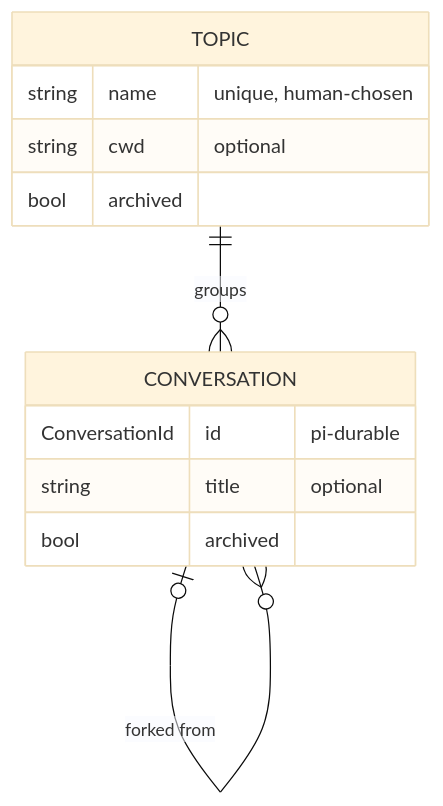
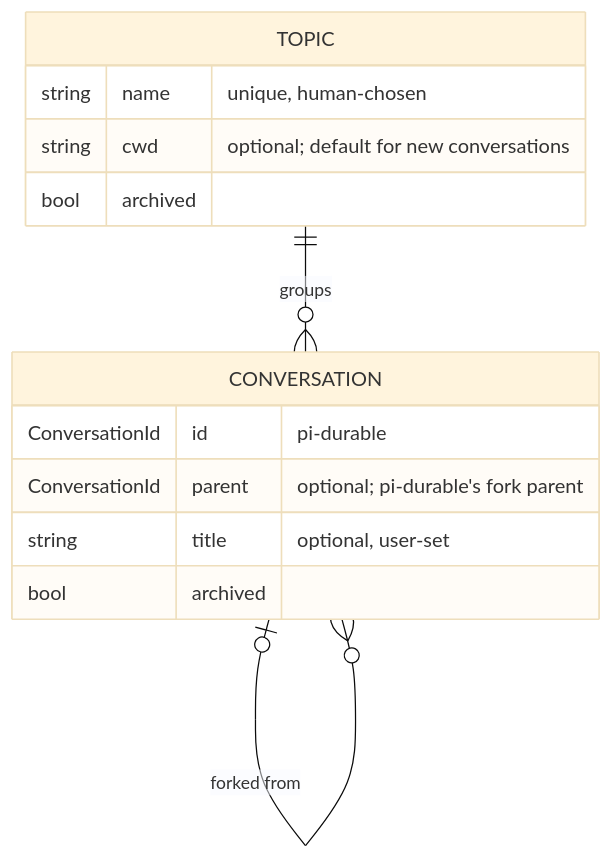
The diagram in .doctrine/rfc/002/rfc-002.md (davidlee/Malebolge), drawn with Mermaid (base theme) before and after one commit. The commit also changed other lines of this file and 1 other file, not shown here.

````diff
--- a/.doctrine/rfc/002/rfc-002.md
+++ b/.doctrine/rfc/002/rfc-002.md
@@ -84,15 +100,16 @@
 ```mermaid
 erDiagram
   TOPIC ||--o{ CONVERSATION : groups
   CONVERSATION |o--o{ CONVERSATION : "forked from"
   TOPIC {
     string name "unique, human-chosen"
-    string cwd "optional"
+    string cwd "optional; default for new conversations"
     bool archived
   }
   CONVERSATION {
     ConversationId id "pi-durable"
-    string title "optional"
+    ConversationId parent "optional; pi-durable's fork parent"
+    string title "optional, user-set"
     bool archived
   }
 ```
````
